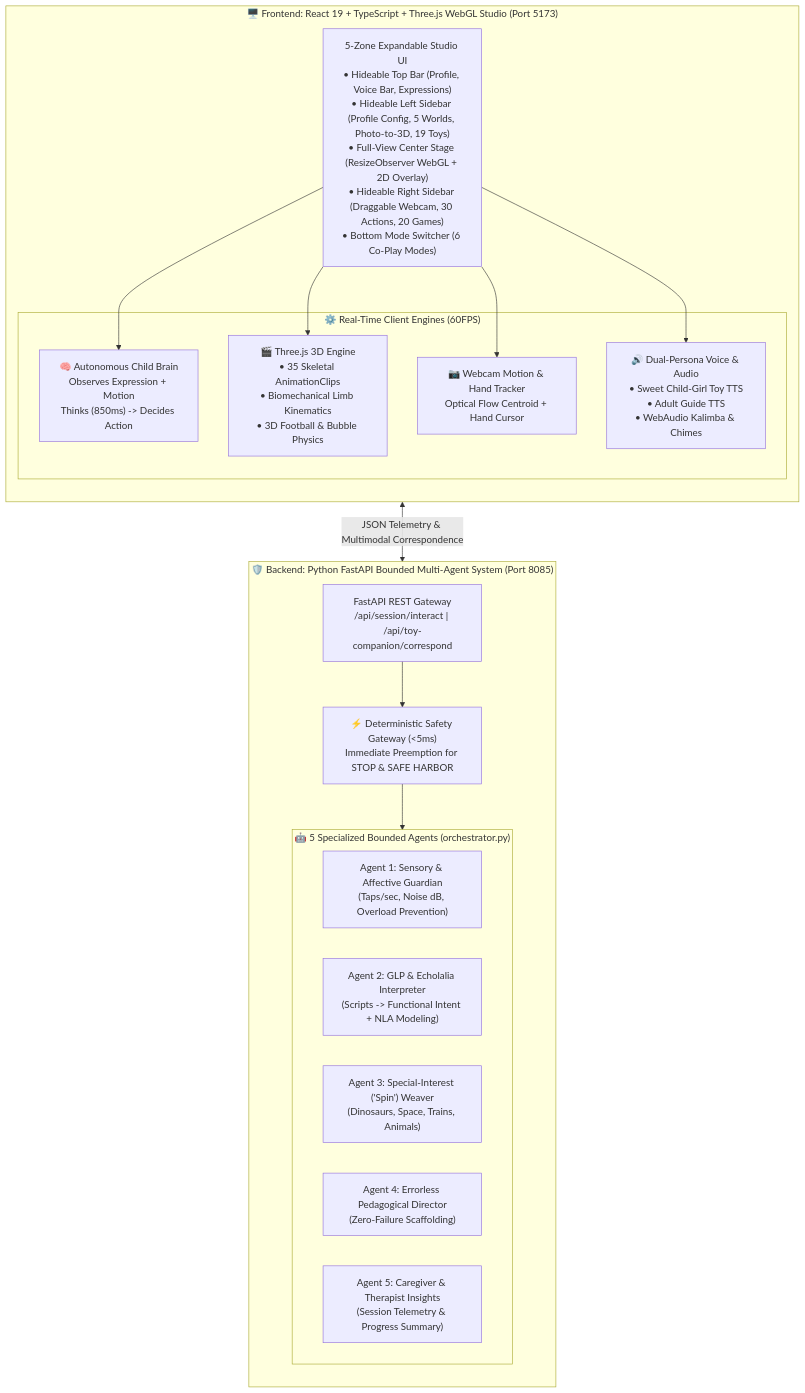
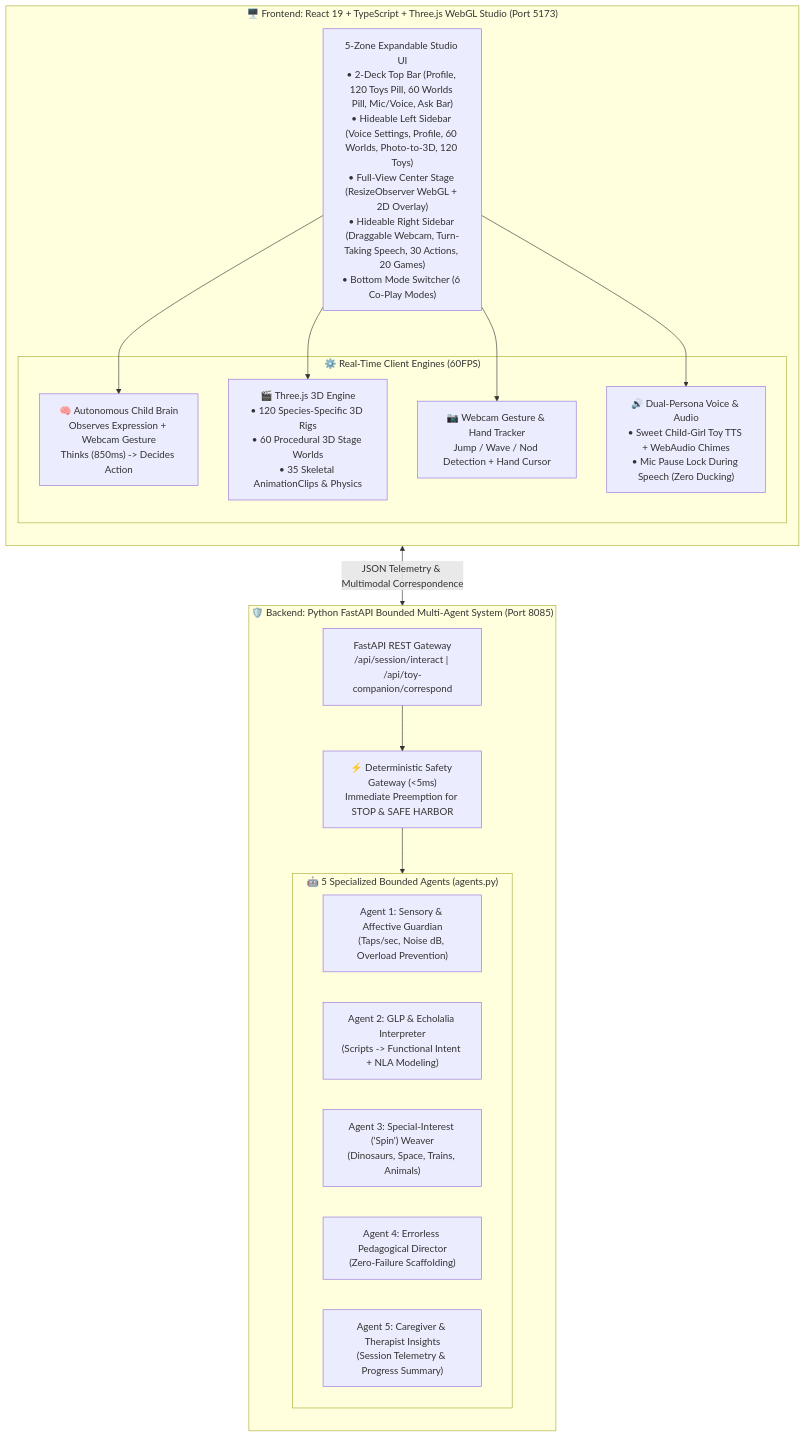
The third of 3 diagrams in README.md (mrmohammadalamin/AutiCompanion-3D-AI), drawn with Mermaid before and after one commit. The commit also changed other lines of this file and 8 other files, not shown here.

Commit message:
Add new demo video, screenshots, and full documentation for 120 3D toys, 60 3D stage worlds, and two-sided co-play in README.md

````diff
--- a/README.md
+++ b/README.md
@@ -251,38 +311,38 @@
 ```mermaid
 flowchart TB
     subgraph CLIENT["🖥️ Frontend: React 19 + TypeScript + Three.js WebGL Studio (Port 5173)"]
         direction TB
-        UI["5-Zone Expandable Studio UI\n• Hideable Top Bar (Profile, Voice Bar, Expressions)\n• Hideable Left Sidebar (Profile Config, 5 Worlds, Photo-to-3D, 19 Toys)\n• Full-View Center Stage (ResizeObserver WebGL + 2D Overlay)\n• Hideable Right Sidebar (Draggable Webcam, 30 Actions, 20 Games)\n• Bottom Mode Switcher (6 Co-Play Modes)"]
+        UI["5-Zone Expandable Studio UI\n• 2-Deck Top Bar (Profile, 120 Toys Pill, 60 Worlds Pill, Mic/Voice, Ask Bar)\n• Hideable Left Sidebar (Voice Settings, Profile, 60 Worlds, Photo-to-3D, 120 Toys)\n• Full-View Center Stage (ResizeObserver WebGL + 2D Overlay)\n• Hideable Right Sidebar (Draggable Webcam, Turn-Taking Speech, 30 Actions, 20 Games)\n• Bottom Mode Switcher (6 Co-Play Modes)"]
 
         subgraph ENGINE["⚙️ Real-Time Client Engines (60FPS)"]
-            BRAIN["🧠 Autonomous Child Brain\nObserves Expression + Motion\nThinks (850ms) -> Decides Action"]
-            THREE_ENG["🎬 Three.js 3D Engine\n• 35 Skeletal AnimationClips\n• Biomechanical Limb Kinematics\n• 3D Football & Bubble Physics"]
-            VISION["📷 Webcam Motion & Hand Tracker\nOptical Flow Centroid + Hand Cursor"]
-            AUDIO["🔊 Dual-Persona Voice & Audio\n• Sweet Child-Girl Toy TTS\n• Adult Guide TTS\n• WebAudio Kalimba & Chimes"]
+            BRAIN["🧠 Autonomous Child Brain\nObserves Expression + Webcam Gesture\nThinks (850ms) -> Decides Action"]
+            THREE_ENG["🎬 Three.js 3D Engine\n• 120 Species-Specific 3D Rigs\n• 60 Procedural 3D Stage Worlds\n• 35 Skeletal AnimationClips & Physics"]
+            VISION["📷 Webcam Gesture & Hand Tracker\nJump / Wave / Nod Detection + Hand Cursor"]
+            AUDIO["🔊 Dual-Persona Voice & Audio\n• Sweet Child-Girl Toy TTS + WebAudio Chimes\n• Mic Pause Lock During Speech (Zero Ducking)"]
         end
 
         UI --> BRAIN
         UI --> THREE_ENG
         UI --> VISION
         UI --> AUDIO
     end
 
     subgraph SERVER["🛡️ Backend: Python FastAPI Bounded Multi-Agent System (Port 8085)"]
         direction TB
         API["FastAPI REST Gateway\n/api/session/interact | /api/toy-companion/correspond"]
         SAFETY["⚡ Deterministic Safety Gateway (<5ms)\nImmediate Preemption for STOP & SAFE HARBOR"]
 
-        subgraph AGENTS["🤖 5 Specialized Bounded Agents (orchestrator.py)"]
+        subgraph AGENTS["🤖 5 Specialized Bounded Agents (agents.py)"]
             AG1["Agent 1: Sensory & Affective Guardian\n(Taps/sec, Noise dB, Overload Prevention)"]
             AG2["Agent 2: GLP & Echolalia Interpreter\n(Scripts -> Functional Intent + NLA Modeling)"]
             AG3["Agent 3: Special-Interest ('Spin') Weaver\n(Dinosaurs, Space, Trains, Animals)"]
             AG4["Agent 4: Errorless Pedagogical Director\n(Zero-Failure Scaffolding)"]
             AG5["Agent 5: Caregiver & Therapist Insights\n(Session Telemetry & Progress Summary)"]
         end
 
         API --> SAFETY
         SAFETY --> AGENTS
     end
 
     CLIENT <-->|"JSON Telemetry & Multimodal Correspondence"| SERVER
 ```
````
